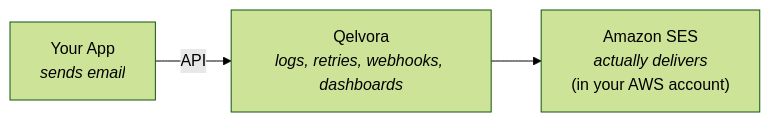
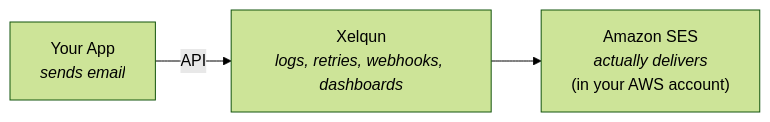
The first of 2 diagrams in README.md (199ocero/qelvora), drawn with Mermaid (forest theme) before and after one commit. The commit also changed other lines of this file and 8 other files, not shown here.

First line of the commit message:
chore: rename project from Qelvora to Xelqun

````diff
--- a/README.md
+++ b/README.md
@@ -14,5 +14,5 @@
 ```mermaid
 flowchart LR
-    A["Your App<br/><i>sends email</i>"] -->|API| B["Qelvora<br/><i>logs, retries, webhooks, dashboards</i>"]
+    A["Your App<br/><i>sends email</i>"] -->|API| B["Xelqun<br/><i>logs, retries, webhooks, dashboards</i>"]
     B --> C["Amazon SES<br/><i>actually delivers</i><br/>(in your AWS account)"]
 ```
````
